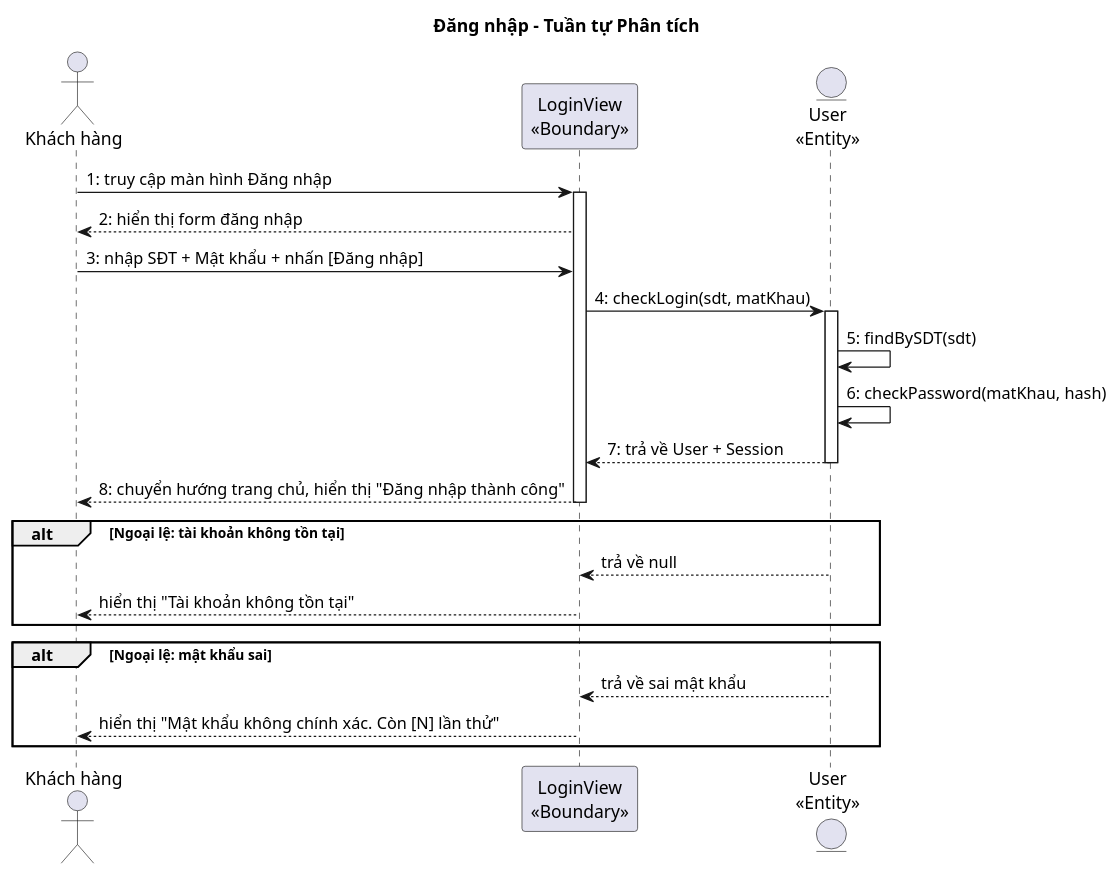
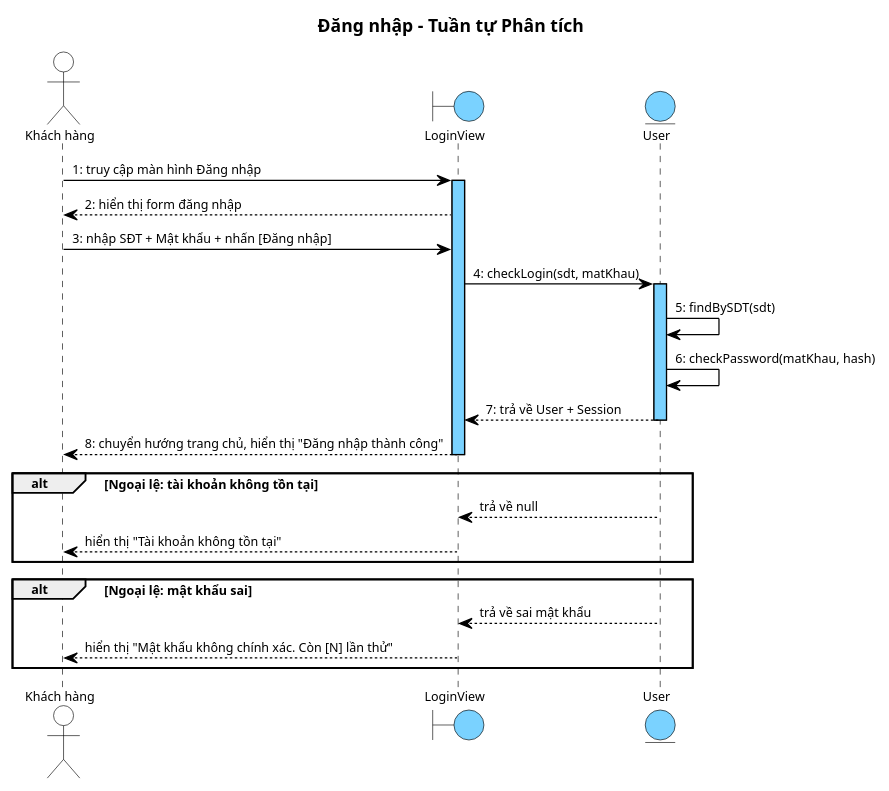
One commit to thanhtrnnn/cnpm changed the first of 5 diagrams in docs/tabs/section-account-ii.md. Above: the diagram before and after it, drawn with PlantUML. The commit also changed other lines of this file and 14 other files, not shown here.

First line of the commit message:
feat: UC detail diagrams + new sequence diagram style (blue lifelines)

````diff
--- a/docs/tabs/section-account-ii.md
+++ b/docs/tabs/section-account-ii.md
@@ -170,32 +170,81 @@
 ```plantuml
 @startuml
+skinparam shadowing false
+skinparam SequenceMessageAlign left
+
+skinparam SequenceLifeLineBackgroundColor #7AD2FF
+skinparam SequenceLifeLineBorderColor #000000
+
+<style>
+sequenceDiagram {
+  Shadowing 0
+  RoundCorner 0
+  FontName "Arial"
+  FontSize 10
+  FontColor #000000
+
+  participant {
+    BackgroundColor #7AD2FF
+    LineColor #000000
+    LineThickness 1
+  }
+
+  actor {
+    BackgroundColor transparent
+    LineColor #000000
+  }
+  boundary {
+    BackgroundColor #7AD2FF
+    LineColor #000000
+  }
+  control {
+    BackgroundColor #7AD2FF
+    LineColor #000000
+  }
+  entity {
+    BackgroundColor #7AD2FF
+    LineColor #000000
+  }
+
+  lifeline {
+    LineColor #000000
+    LineStyle 5-5
+  }
+
+  arrow {
+    LineColor #000000
+    LineThickness 1
+    FontSize 10
+  }
+}
+</style>
 title Đăng nhập – Tuần tự Phân tích
 
 actor "Khách hàng" as KH
-participant "LoginView\n<<Boundary>>" as B1
-entity "User\n<<Entity>>" as E1
+boundary LoginView as B1
+entity User as E1
 
 KH -> B1 : 1: truy cập màn hình Đăng nhập
 activate B1
 B1 --> KH : 2: hiển thị form đăng nhập
 KH -> B1 : 3: nhập SĐT + Mật khẩu + nhấn [Đăng nhập]
 B1 -> E1 : 4: checkLogin(sdt, matKhau)
 activate E1
 E1 -> E1 : 5: findBySDT(sdt)
 E1 -> E1 : 6: checkPassword(matKhau, hash)
 E1 --> B1 : 7: trả về User + Session
 deactivate E1
 B1 --> KH : 8: chuyển hướng trang chủ, hiển thị "Đăng nhập thành công"
 deactivate B1
 
 alt Ngoại lệ: tài khoản không tồn tại
   E1 --> B1 : trả về null
   B1 --> KH : hiển thị "Tài khoản không tồn tại"
 end
 
 alt Ngoại lệ: mật khẩu sai
   E1 --> B1 : trả về sai mật khẩu
   B1 --> KH : hiển thị "Mật khẩu không chính xác. Còn [N] lần thử"
 end
 @enduml
 ```
````
